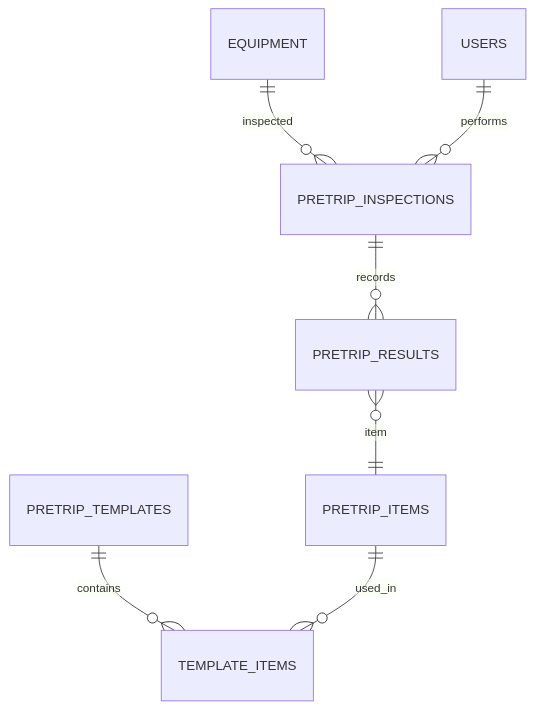
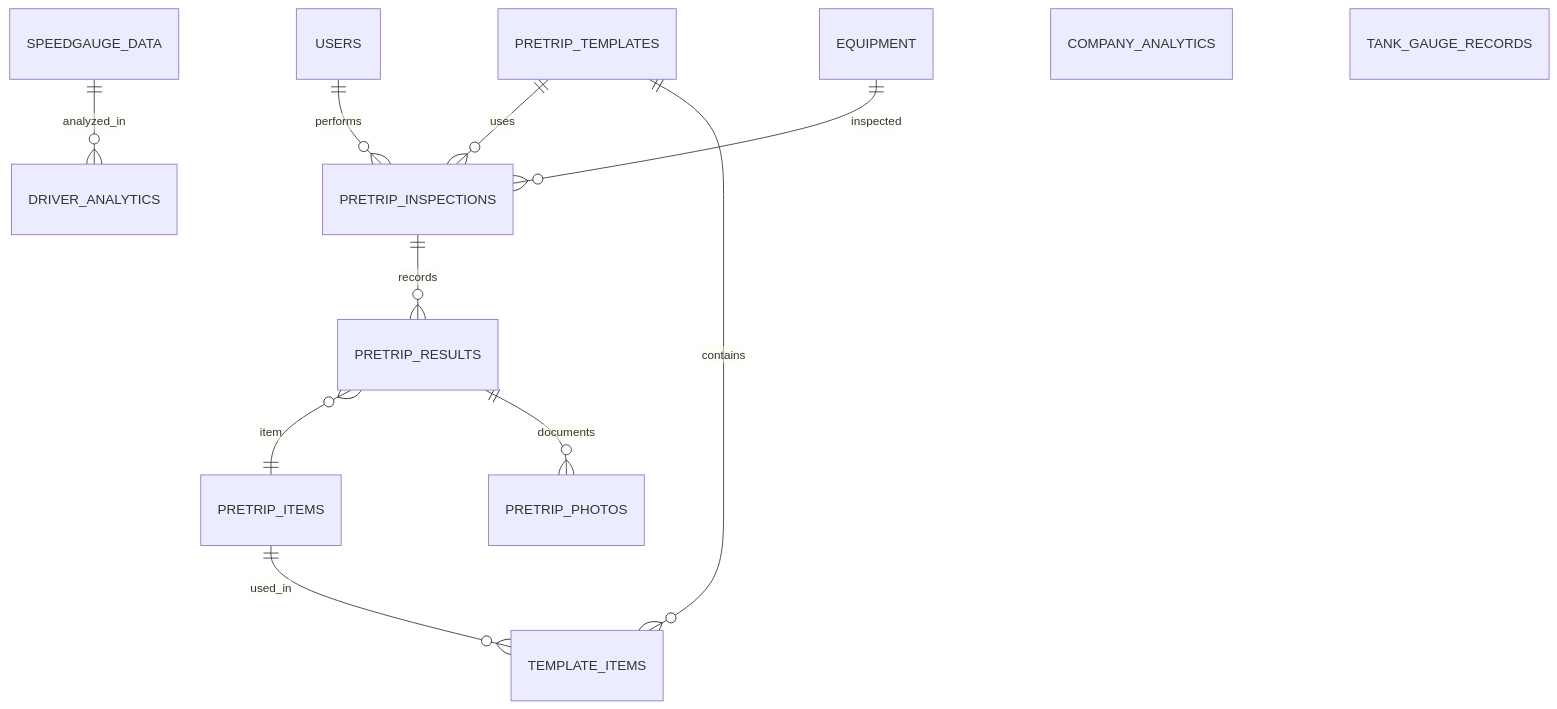
One commit to ShaggyBadger/Pretreip_flask changed the diagram in db_schema.md. Above: the diagram before and after it, drawn with Mermaid. The commit also changed other lines of this file and 14 other files, not shown here.

````diff
--- a/db_schema.md
+++ b/db_schema.md
@@ -11,9 +11,17 @@
 ```mermaid
 erDiagram
+    USERS ||--o{ PRETRIP_INSPECTIONS : performs
+    EQUIPMENT ||--o{ PRETRIP_INSPECTIONS : inspected
+    PRETRIP_TEMPLATES ||--o{ PRETRIP_INSPECTIONS : uses
     PRETRIP_TEMPLATES ||--o{ TEMPLATE_ITEMS : contains
     PRETRIP_ITEMS ||--o{ TEMPLATE_ITEMS : used_in
     PRETRIP_INSPECTIONS ||--o{ PRETRIP_RESULTS : records
     PRETRIP_RESULTS }o--|| PRETRIP_ITEMS : item
-    EQUIPMENT ||--o{ PRETRIP_INSPECTIONS : inspected
-    USERS ||--o{ PRETRIP_INSPECTIONS : performs
+    PRETRIP_RESULTS ||--o{ PRETRIP_PHOTOS : documents
+    SPEEDGAUGE_DATA ||--o{ DRIVER_ANALYTICS : analyzed_in
+    COMPANY_ANALYTICS {
+    }
+    TANK_GAUGE_RECORDS {
+    }
+
 ```
````
